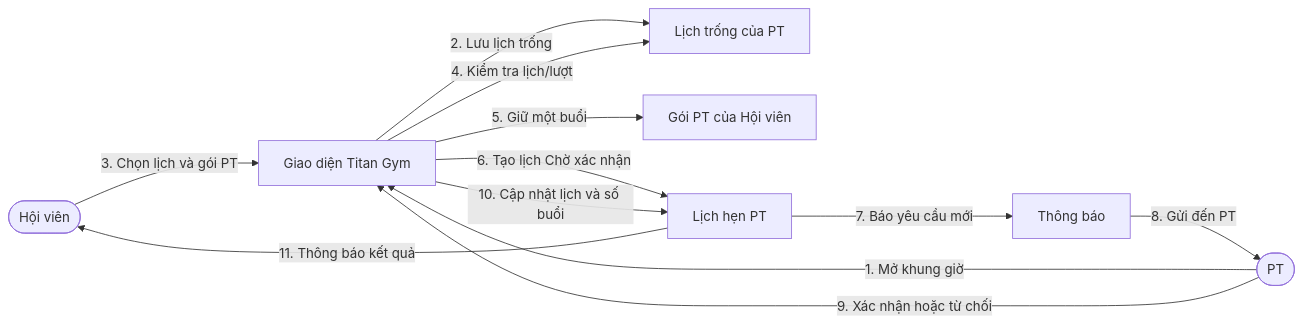
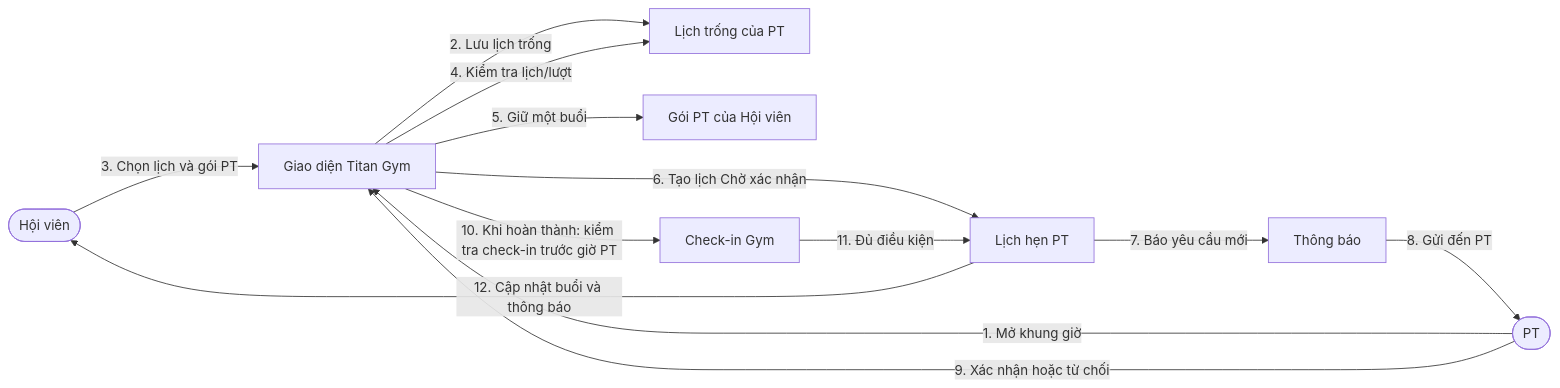
Before and after one commit to vhoanglong54/CNPM_GYM: the second of 5 diagrams in docs/06-UML-Diagrams/Collaboration.md, drawn with Mermaid. The commit also changed other lines of this file and 10 other files, not shown here.

````diff
--- a/docs/06-UML-Diagrams/Collaboration.md
+++ b/docs/06-UML-Diagrams/Collaboration.md
@@ -33,22 +33,24 @@
 ```mermaid
 flowchart LR
   M([Hội viên])
   T([PT])
   UI[Giao diện Titan Gym]
   SLOT[Lịch trống của PT]
   PACKAGE[Gói PT của Hội viên]
   BOOKING[Lịch hẹn PT]
+  CHECKIN[Check-in Gym]
   NOTICE[Thông báo]
 
   T -->|1. Mở khung giờ| UI
   UI -->|2. Lưu lịch trống| SLOT
   M -->|3. Chọn lịch và gói PT| UI
   UI -->|4. Kiểm tra lịch/lượt| SLOT
   UI -->|5. Giữ một buổi| PACKAGE
   UI -->|6. Tạo lịch Chờ xác nhận| BOOKING
   BOOKING -->|7. Báo yêu cầu mới| NOTICE
   NOTICE -->|8. Gửi đến PT| T
   T -->|9. Xác nhận hoặc từ chối| UI
-  UI -->|10. Cập nhật lịch và số buổi| BOOKING
-  BOOKING -->|11. Thông báo kết quả| M
+  UI -->|10. Khi hoàn thành: kiểm tra check-in trước giờ PT| CHECKIN
+  CHECKIN -->|11. Đủ điều kiện| BOOKING
+  BOOKING -->|12. Cập nhật buổi và thông báo| M
 ```
````
